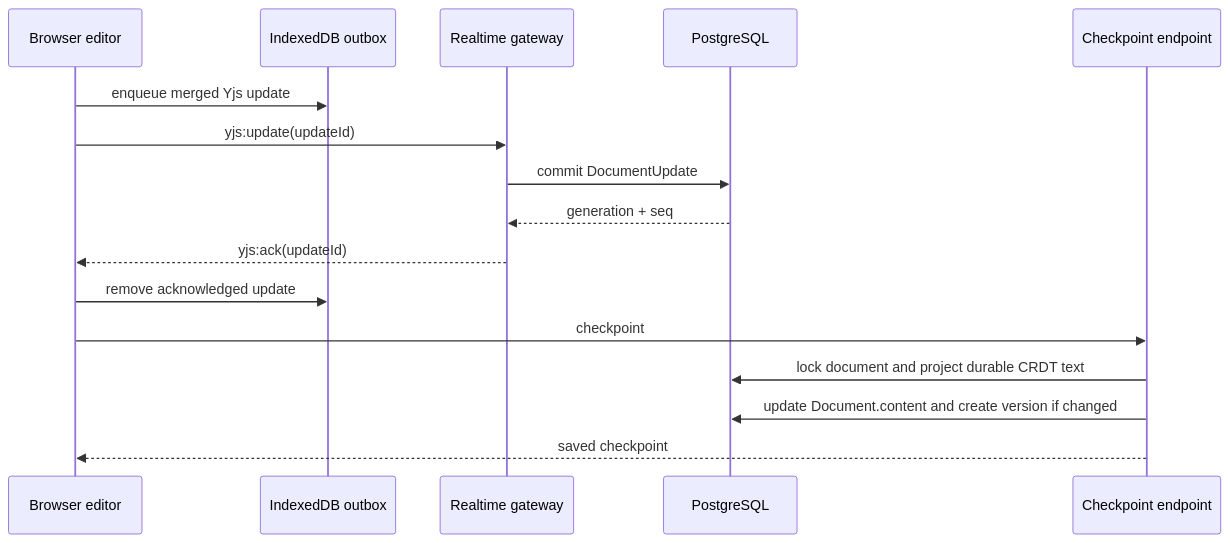
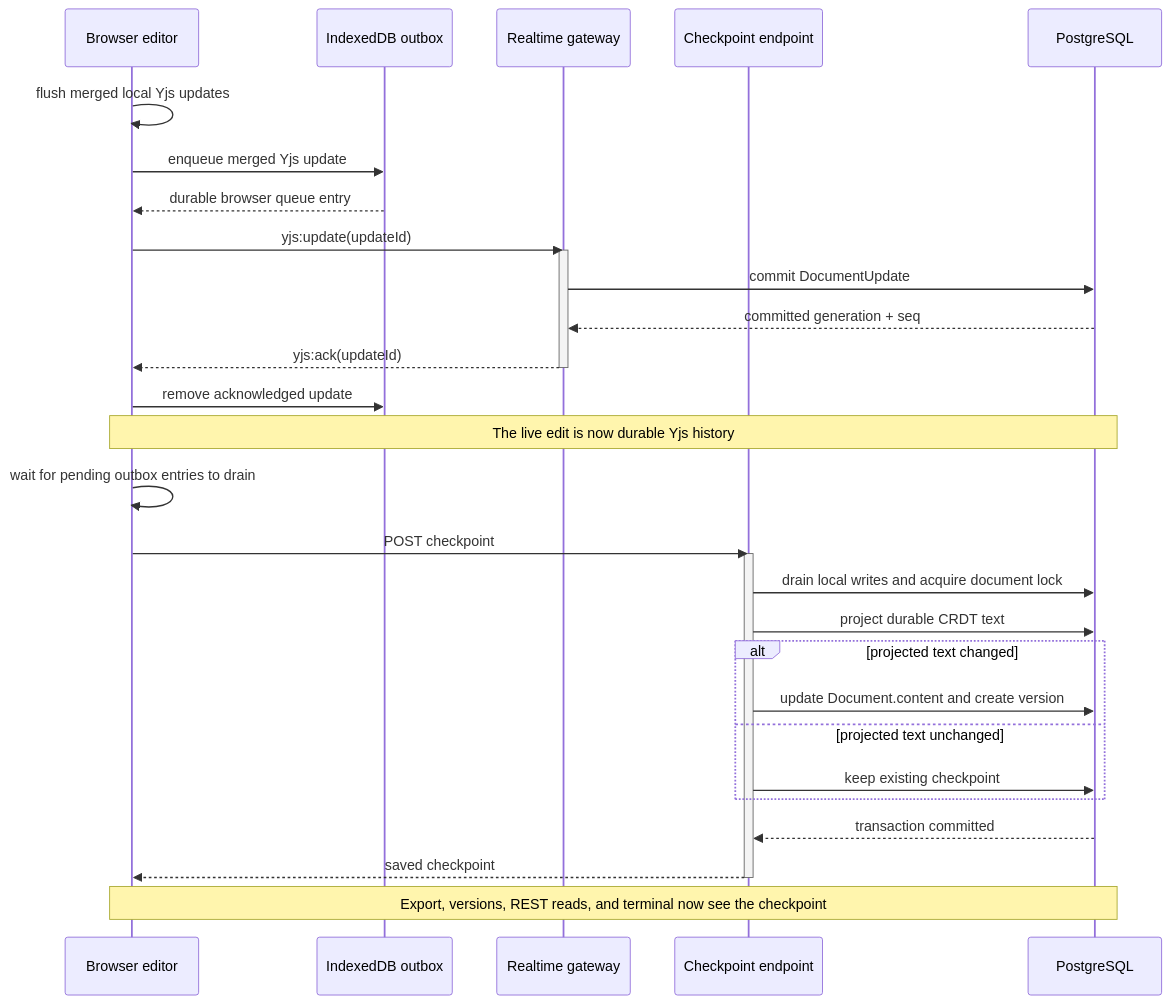
Before and after one commit to santinomarial/Meridian: the diagram in docs/explanation/document-model-and-save.md, drawn with Mermaid. The commit also changed 10 other files, not shown here.

Commit message:
Redesign architecture diagrams

````diff
--- a/docs/explanation/document-model-and-save.md
+++ b/docs/explanation/document-model-and-save.md
@@ -21,19 +21,35 @@
 ```mermaid
 sequenceDiagram
     participant Editor as Browser editor
     participant Outbox as IndexedDB outbox
     participant Realtime as Realtime gateway
+    participant REST as Checkpoint endpoint
     participant PG as PostgreSQL
-    participant REST as Checkpoint endpoint
 
+    Editor->>Editor: flush merged local Yjs updates
     Editor->>Outbox: enqueue merged Yjs update
+    Outbox-->>Editor: durable browser queue entry
     Editor->>Realtime: yjs:update(updateId)
+    activate Realtime
     Realtime->>PG: commit DocumentUpdate
-    PG-->>Realtime: generation + seq
+    PG-->>Realtime: committed generation + seq
     Realtime-->>Editor: yjs:ack(updateId)
+    deactivate Realtime
     Editor->>Outbox: remove acknowledged update
-    Editor->>REST: checkpoint
-    REST->>PG: lock document and project durable CRDT text
-    REST->>PG: update Document.content and create version if changed
+    Note over Editor,PG: The live edit is now durable Yjs history
+
+    Editor->>Editor: wait for pending outbox entries to drain
+    Editor->>REST: POST checkpoint
+    activate REST
+    REST->>PG: drain local writes and acquire document lock
+    REST->>PG: project durable CRDT text
+    alt projected text changed
+        REST->>PG: update Document.content and create version
+    else projected text unchanged
+        REST->>PG: keep existing checkpoint
+    end
+    PG-->>REST: transaction committed
     REST-->>Editor: saved checkpoint
+    deactivate REST
+    Note over Editor,PG: Export, versions, REST reads, and terminal now see the checkpoint
 ```
````
